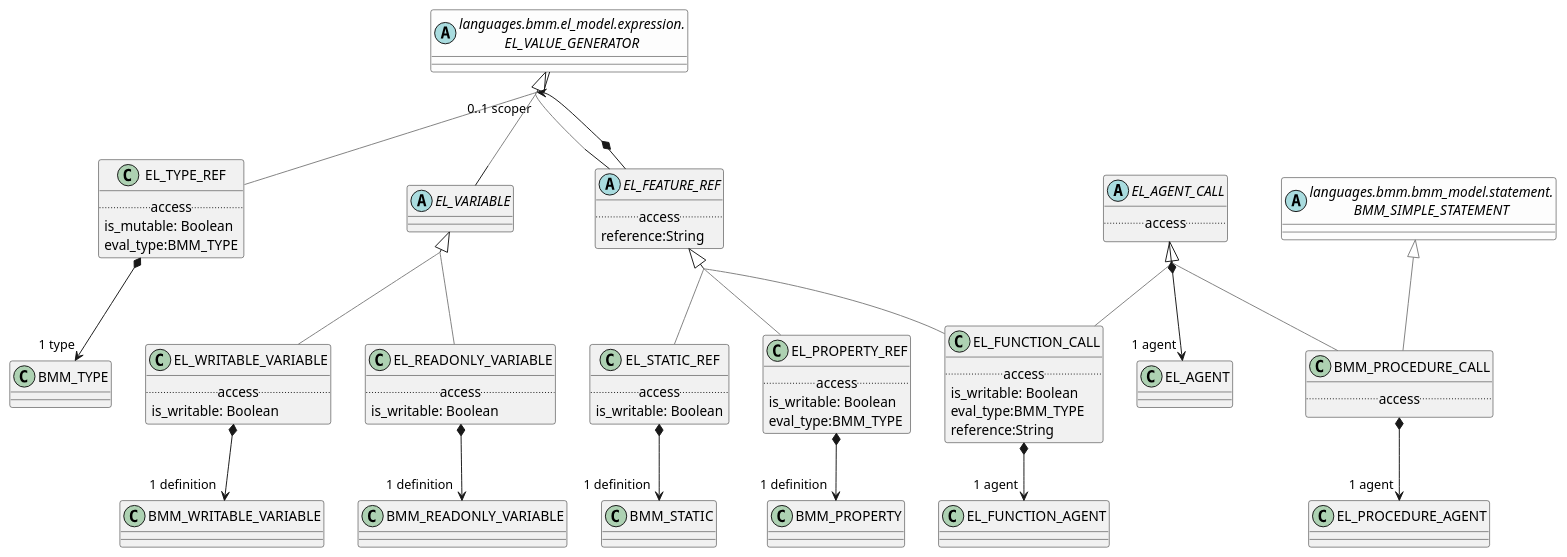
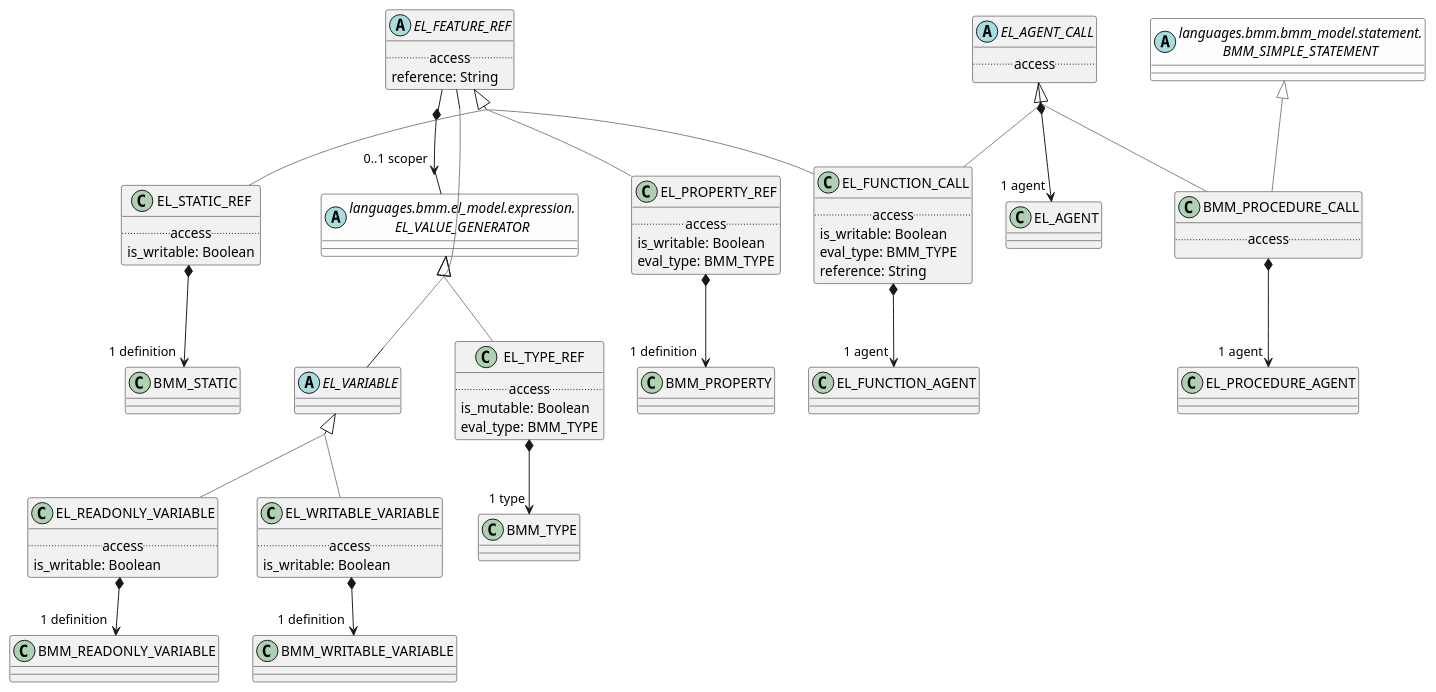
Before and after one commit to wolandscat/openehr-doc: the diagram in modules/ROOT/examples/bmm/languages/bmm/el_model/reference/reference-package-uml.adoc, drawn with PlantUML. The commit also changed 293 other files, not shown here.

Commit message:
Regen with tweaks to UML output and correct metatypes for nested generics.

```diff
--- a/modules/ROOT/examples/bmm/languages/bmm/el_model/reference/reference-package-uml.adoc
+++ b/modules/ROOT/examples/bmm/languages/bmm/el_model/reference/reference-package-uml.adoc
@@ -5,80 +5,6 @@
 skinparam groupInheritance 2
 skinparam citedClassColor #FDFDFD
 
-
-class EL_PROPERTY_REF [[/openehr-doc/latest/languages/bmm-gen.html#_class_el_property_ref]] {
-        .. access ..
-        is_writable: Boolean
-        eval_type:BMM_TYPE
-}
-
-EL_PROPERTY_REF -[#gray]up-|> EL_FEATURE_REF  
-
-
-EL_PROPERTY_REF *--> "1 definition" BMM_PROPERTY
-
-class EL_TYPE_REF [[/openehr-doc/latest/languages/bmm-gen.html#_class_el_type_ref]] {
-        .. access ..
-        is_mutable: Boolean
-        eval_type:BMM_TYPE
-}
-
-EL_TYPE_REF -[#gray]up-|> EL_VALUE_GENERATOR  
-
-
-EL_TYPE_REF *--> "1 type" BMM_TYPE
-
-abstract class EL_FEATURE_REF [[/openehr-doc/latest/languages/bmm-gen.html#_class_el_feature_ref]] {
-        .. access ..
-        reference:String
-}
-
-EL_FEATURE_REF -[#gray]up-|> EL_VALUE_GENERATOR  
-
-
-EL_FEATURE_REF *--> "0..1 scoper" EL_VALUE_GENERATOR
-
-class EL_FUNCTION_CALL [[/openehr-doc/latest/languages/bmm-gen.html#_class_el_function_call]] {
-        .. access ..
-        is_writable: Boolean
-        eval_type:BMM_TYPE
-        reference:String
-}
-
-EL_FUNCTION_CALL -[#gray]up-|> EL_FEATURE_REF  
-
-
-EL_FUNCTION_CALL -[#gray]up-|> EL_AGENT_CALL  
-
-
-EL_FUNCTION_CALL *--> "1 agent" EL_FUNCTION_AGENT
-
-class EL_STATIC_REF [[/openehr-doc/latest/languages/bmm-gen.html#_class_el_static_ref]] {
-        .. access ..
-        is_writable: Boolean
-}
-
-EL_STATIC_REF -[#gray]up-|> EL_FEATURE_REF  
-
-
-EL_STATIC_REF *--> "1 definition" BMM_STATIC
-
-abstract class EL_AGENT_CALL [[/openehr-doc/latest/languages/bmm-gen.html#_class_el_agent_call]] {
-        .. access ..
-}
-
-
-EL_AGENT_CALL *--> "1 agent" EL_AGENT
-
-class EL_WRITABLE_VARIABLE [[/openehr-doc/latest/languages/bmm-gen.html#_class_el_writable_variable]] {
-        .. access ..
-        is_writable: Boolean
-}
-
-EL_WRITABLE_VARIABLE -[#gray]up-|> EL_VARIABLE  
-
-
-EL_WRITABLE_VARIABLE *--> "1 definition" BMM_WRITABLE_VARIABLE
 
 class BMM_PROCEDURE_CALL [[/openehr-doc/latest/languages/bmm-gen.html#_class_bmm_procedure_call]] {
         .. access ..
@@ -91,6 +17,53 @@
 
 
 BMM_PROCEDURE_CALL *--> "1 agent" EL_PROCEDURE_AGENT
+
+class EL_FUNCTION_CALL [[/openehr-doc/latest/languages/bmm-gen.html#_class_el_function_call]] {
+        .. access ..
+        is_writable: Boolean
+        eval_type: BMM_TYPE
+        reference: String
+}
+
+EL_FUNCTION_CALL -[#gray]up-|> EL_FEATURE_REF  
+
+
+EL_FUNCTION_CALL -[#gray]up-|> EL_AGENT_CALL  
+
+
+EL_FUNCTION_CALL *--> "1 agent" EL_FUNCTION_AGENT
+
+class EL_PROPERTY_REF [[/openehr-doc/latest/languages/bmm-gen.html#_class_el_property_ref]] {
+        .. access ..
+        is_writable: Boolean
+        eval_type: BMM_TYPE
+}
+
+EL_PROPERTY_REF -[#gray]up-|> EL_FEATURE_REF  
+
+
+EL_PROPERTY_REF *--> "1 definition" BMM_PROPERTY
+
+class EL_TYPE_REF [[/openehr-doc/latest/languages/bmm-gen.html#_class_el_type_ref]] {
+        .. access ..
+        is_mutable: Boolean
+        eval_type: BMM_TYPE
+}
+
+EL_TYPE_REF -[#gray]up-|> EL_VALUE_GENERATOR  
+
+
+EL_TYPE_REF *--> "1 type" BMM_TYPE
+
+class EL_WRITABLE_VARIABLE [[/openehr-doc/latest/languages/bmm-gen.html#_class_el_writable_variable]] {
+        .. access ..
+        is_writable: Boolean
+}
+
+EL_WRITABLE_VARIABLE -[#gray]up-|> EL_VARIABLE  
+
+
+EL_WRITABLE_VARIABLE *--> "1 definition" BMM_WRITABLE_VARIABLE
 
 abstract class EL_VARIABLE [[/openehr-doc/latest/languages/bmm-gen.html#_class_el_variable]] {
 }
@@ -107,9 +80,36 @@
 
 
 EL_READONLY_VARIABLE *--> "1 definition" BMM_READONLY_VARIABLE
+
+abstract class EL_FEATURE_REF [[/openehr-doc/latest/languages/bmm-gen.html#_class_el_feature_ref]] {
+        .. access ..
+        reference: String
+}
+
+EL_FEATURE_REF -[#gray]up-|> EL_VALUE_GENERATOR  
+
+
+EL_FEATURE_REF *--> "0..1 scoper" EL_VALUE_GENERATOR
+
+abstract class EL_AGENT_CALL [[/openehr-doc/latest/languages/bmm-gen.html#_class_el_agent_call]] {
+        .. access ..
+}
+
+
+EL_AGENT_CALL *--> "1 agent" EL_AGENT
+
+class EL_STATIC_REF [[/openehr-doc/latest/languages/bmm-gen.html#_class_el_static_ref]] {
+        .. access ..
+        is_writable: Boolean
+}
+
+EL_STATIC_REF -[#gray]up-|> EL_FEATURE_REF  
+
+
+EL_STATIC_REF *--> "1 definition" BMM_STATIC
+abstract class "languages.bmm.bmm_model.statement.\nBMM_SIMPLE_STATEMENT" as BMM_SIMPLE_STATEMENT  [[/openehr-doc/latest/languages/bmm-gen.html#_class_bmm_simple_statement]] #FDFDFD {
+}
 abstract class "languages.bmm.el_model.expression.\nEL_VALUE_GENERATOR" as EL_VALUE_GENERATOR  [[/openehr-doc/latest/languages/bmm-gen.html#_class_el_value_generator]] #FDFDFD {
-}
-abstract class "languages.bmm.bmm_model.statement.\nBMM_SIMPLE_STATEMENT" as BMM_SIMPLE_STATEMENT  [[/openehr-doc/latest/languages/bmm-gen.html#_class_bmm_simple_statement]] #FDFDFD {
 }
 
 ....
```
